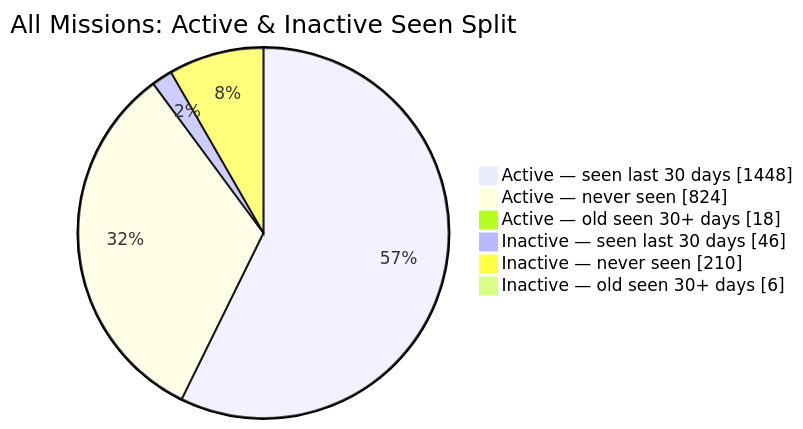
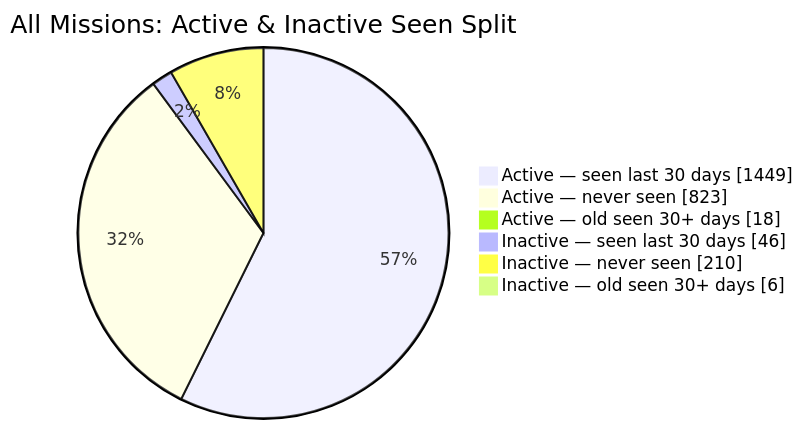
The second of 2 diagrams in README.md (MeldkamerspelGameTeam/active-missions), drawn with Mermaid before and after one commit. The commit also changed other lines of this file and 3 other files, not shown here.

````diff
--- a/README.md
+++ b/README.md
@@ -44,10 +44,10 @@
 ```mermaid
 pie showData
     title All Missions: Active & Inactive Seen Split
-    "Active — seen last 30 days" : 1448
-    "Active — never seen" : 824
+    "Active — seen last 30 days" : 1449
+    "Active — never seen" : 823
     "Active — old seen 30+ days" : 18
     "Inactive — seen last 30 days" : 46
     "Inactive — never seen" : 210
     "Inactive — old seen 30+ days" : 6
 ```
````
